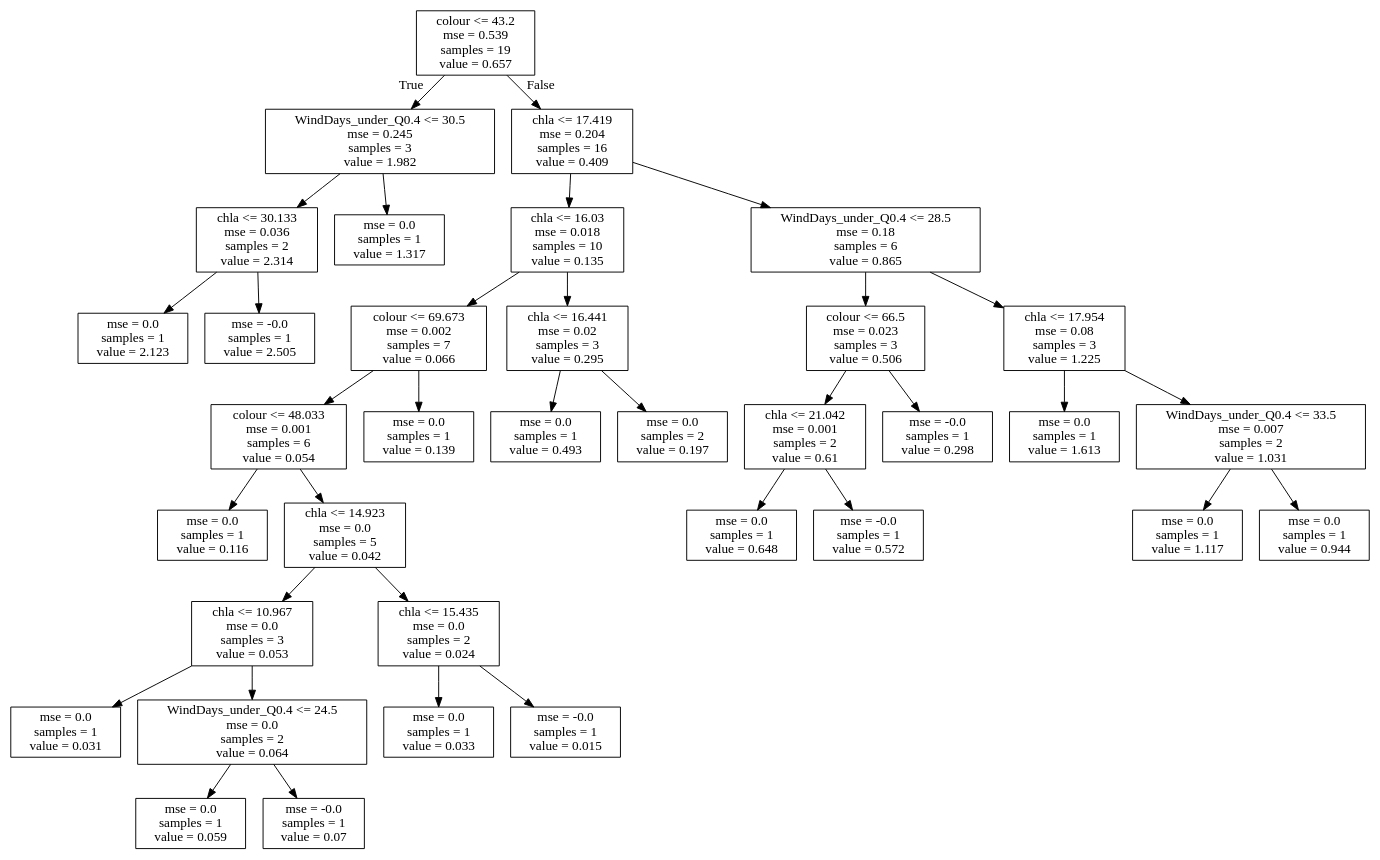
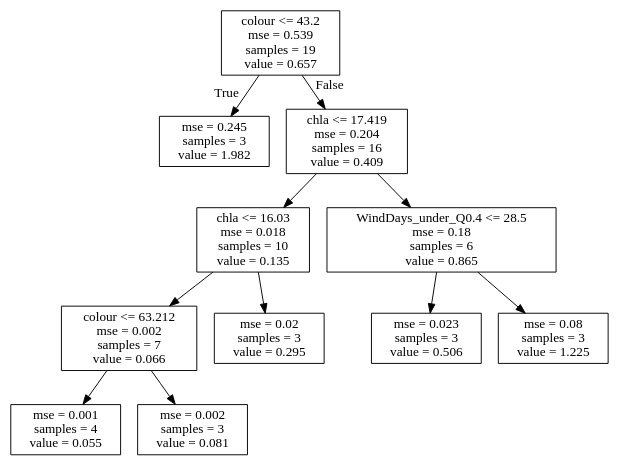
One commit to icra/WATExR changed the diagram in Norway_Morsa/Model_Development/Figures/Discretization_regTrees/AllVarsTogether/summ_Cyano.dot. Above: the diagram before and after it, drawn with Graphviz. The commit also changed 56 other files, not shown here.

```diff
--- a/Norway_Morsa/Model_Development/Figures/Discretization_regTrees/AllVarsTogether/summ_Cyano.dot
+++ b/Norway_Morsa/Model_Development/Figures/Discretization_regTrees/AllVarsTogether/summ_Cyano.dot
@@ -1,72 +1,24 @@
 digraph Tree {
 node [shape=box] ;
 0 [label="colour <= 43.2\nmse = 0.539\nsamples = 19\nvalue = 0.657"] ;
-1 [label="WindDays_under_Q0.4 <= 30.5\nmse = 0.245\nsamples = 3\nvalue = 1.982"] ;
+1 [label="mse = 0.245\nsamples = 3\nvalue = 1.982"] ;
 0 -> 1 [labeldistance=2.5, labelangle=45, headlabel="True"] ;
-2 [label="chla <= 30.133\nmse = 0.036\nsamples = 2\nvalue = 2.314"] ;
-1 -> 2 ;
-3 [label="mse = 0.0\nsamples = 1\nvalue = 2.123"] ;
+2 [label="chla <= 17.419\nmse = 0.204\nsamples = 16\nvalue = 0.409"] ;
+0 -> 2 [labeldistance=2.5, labelangle=-45, headlabel="False"] ;
+3 [label="chla <= 16.03\nmse = 0.018\nsamples = 10\nvalue = 0.135"] ;
 2 -> 3 ;
-4 [label="mse = -0.0\nsamples = 1\nvalue = 2.505"] ;
+7 [label="colour <= 63.212\nmse = 0.002\nsamples = 7\nvalue = 0.066"] ;
+3 -> 7 ;
+9 [label="mse = 0.001\nsamples = 4\nvalue = 0.055"] ;
+7 -> 9 ;
+10 [label="mse = 0.002\nsamples = 3\nvalue = 0.081"] ;
+7 -> 10 ;
+8 [label="mse = 0.02\nsamples = 3\nvalue = 0.295"] ;
+3 -> 8 ;
+4 [label="WindDays_under_Q0.4 <= 28.5\nmse = 0.18\nsamples = 6\nvalue = 0.865"] ;
 2 -> 4 ;
-5 [label="mse = 0.0\nsamples = 1\nvalue = 1.317"] ;
-1 -> 5 ;
-6 [label="chla <= 17.419\nmse = 0.204\nsamples = 16\nvalue = 0.409"] ;
-0 -> 6 [labeldistance=2.5, labelangle=-45, headlabel="False"] ;
-7 [label="chla <= 16.03\nmse = 0.018\nsamples = 10\nvalue = 0.135"] ;
-6 -> 7 ;
-8 [label="colour <= 69.673\nmse = 0.002\nsamples = 7\nvalue = 0.066"] ;
-7 -> 8 ;
-9 [label="colour <= 48.033\nmse = 0.001\nsamples = 6\nvalue = 0.054"] ;
-8 -> 9 ;
-10 [label="mse = 0.0\nsamples = 1\nvalue = 0.116"] ;
-9 -> 10 ;
-11 [label="chla <= 14.923\nmse = 0.0\nsamples = 5\nvalue = 0.042"] ;
-9 -> 11 ;
-12 [label="chla <= 10.967\nmse = 0.0\nsamples = 3\nvalue = 0.053"] ;
-11 -> 12 ;
-13 [label="mse = 0.0\nsamples = 1\nvalue = 0.031"] ;
-12 -> 13 ;
-14 [label="WindDays_under_Q0.4 <= 24.5\nmse = 0.0\nsamples = 2\nvalue = 0.064"] ;
-12 -> 14 ;
-15 [label="mse = 0.0\nsamples = 1\nvalue = 0.059"] ;
-14 -> 15 ;
-16 [label="mse = -0.0\nsamples = 1\nvalue = 0.07"] ;
-14 -> 16 ;
-17 [label="chla <= 15.435\nmse = 0.0\nsamples = 2\nvalue = 0.024"] ;
-11 -> 17 ;
-18 [label="mse = 0.0\nsamples = 1\nvalue = 0.033"] ;
-17 -> 18 ;
-19 [label="mse = -0.0\nsamples = 1\nvalue = 0.015"] ;
-17 -> 19 ;
-20 [label="mse = 0.0\nsamples = 1\nvalue = 0.139"] ;
-8 -> 20 ;
-21 [label="chla <= 16.441\nmse = 0.02\nsamples = 3\nvalue = 0.295"] ;
-7 -> 21 ;
-22 [label="mse = 0.0\nsamples = 1\nvalue = 0.493"] ;
-21 -> 22 ;
-23 [label="mse = 0.0\nsamples = 2\nvalue = 0.197"] ;
-21 -> 23 ;
-24 [label="WindDays_under_Q0.4 <= 28.5\nmse = 0.18\nsamples = 6\nvalue = 0.865"] ;
-6 -> 24 ;
-25 [label="colour <= 66.5\nmse = 0.023\nsamples = 3\nvalue = 0.506"] ;
-24 -> 25 ;
-26 [label="chla <= 21.042\nmse = 0.001\nsamples = 2\nvalue = 0.61"] ;
-25 -> 26 ;
-27 [label="mse = 0.0\nsamples = 1\nvalue = 0.648"] ;
-26 -> 27 ;
-28 [label="mse = -0.0\nsamples = 1\nvalue = 0.572"] ;
-26 -> 28 ;
-29 [label="mse = -0.0\nsamples = 1\nvalue = 0.298"] ;
-25 -> 29 ;
-30 [label="chla <= 17.954\nmse = 0.08\nsamples = 3\nvalue = 1.225"] ;
-24 -> 30 ;
-31 [label="mse = 0.0\nsamples = 1\nvalue = 1.613"] ;
-30 -> 31 ;
-32 [label="WindDays_under_Q0.4 <= 33.5\nmse = 0.007\nsamples = 2\nvalue = 1.031"] ;
-30 -> 32 ;
-33 [label="mse = 0.0\nsamples = 1\nvalue = 1.117"] ;
-32 -> 33 ;
-34 [label="mse = 0.0\nsamples = 1\nvalue = 0.944"] ;
-32 -> 34 ;
+5 [label="mse = 0.023\nsamples = 3\nvalue = 0.506"] ;
+4 -> 5 ;
+6 [label="mse = 0.08\nsamples = 3\nvalue = 1.225"] ;
+4 -> 6 ;
 }
```
